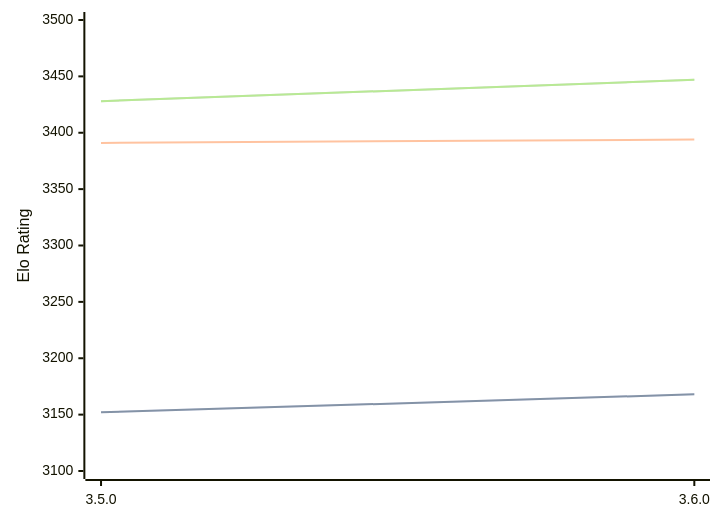
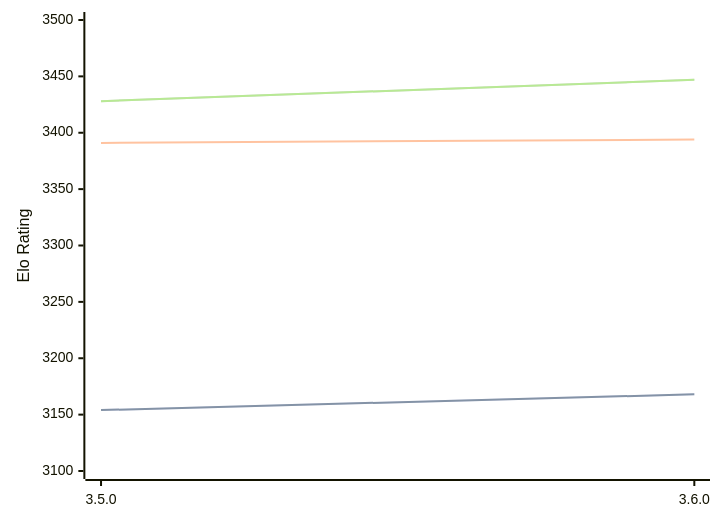
Before and after one commit to computer-chess-index/cci: the third of 3 diagrams in engines/Igel.md, drawn with Mermaid. The commit also changed other lines of this file, not shown here.

````diff
--- a/engines/Igel.md
+++ b/engines/Igel.md
@@ -101,11 +101,11 @@
 ```mermaid
 %%{init: {"theme":"base","themeVariables":{"seriesColors:['#a3a3a3','#222221','#faa371']}}}%%
 xychart-beta
   x-axis ["3.5.0", "3.6.0"]
   y-axis "Elo Rating" 3100 --> 3500
-  line "STC (8.0+0.08s)" [3152, 3168]
-  line "STC (8.0+0.08s)" [3152, 3168]
+  line "STC (8.0+0.08s)" [3154, 3168]
+  line "STC (8.0+0.08s)" [3154, 3168]
   line "LTC (60.0+0.60s)" [3391, 3394]
   line "VLTC (2m24s+1.12s)" [3428, 3447]
   line "VLTC (2m24s+1.12s)" [3428, 3447]
 ```
````
